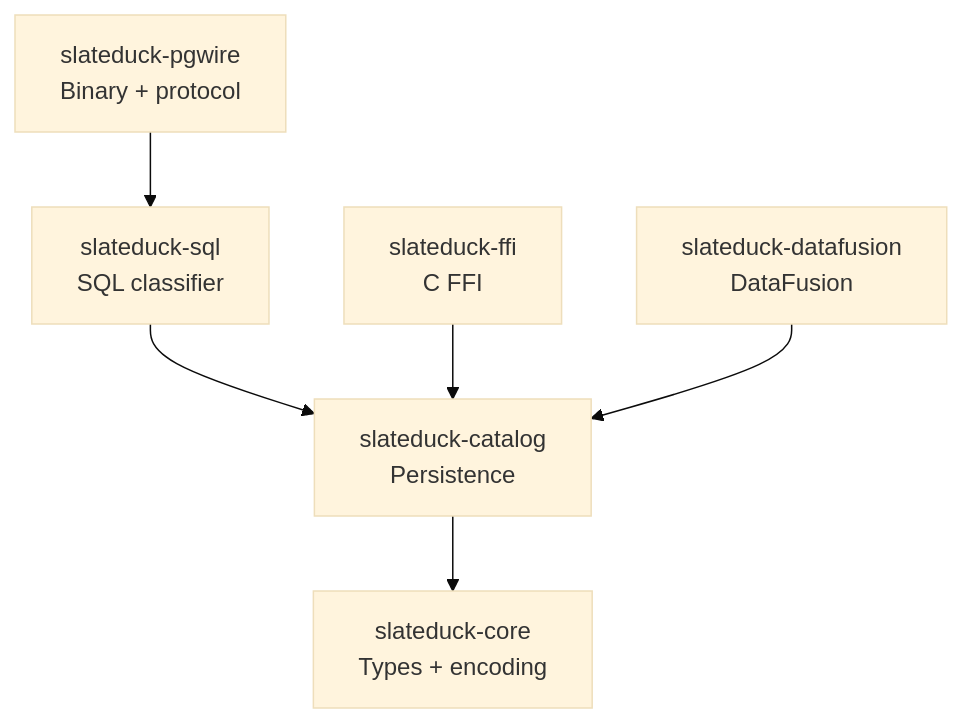
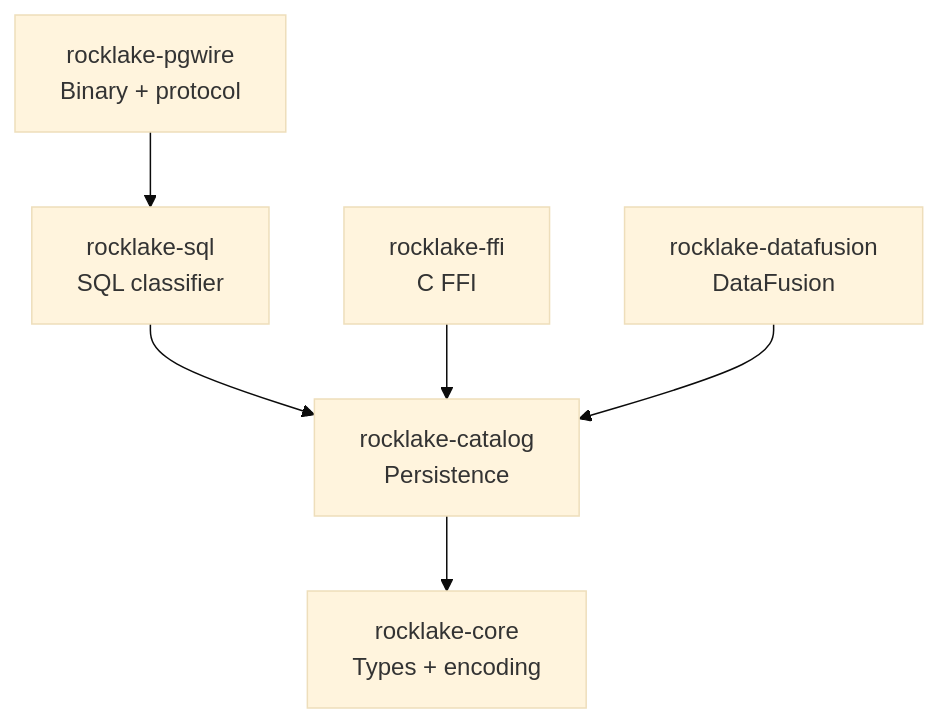
Before and after one commit to trickle-labs/slateduck: the diagram in docs/contributing/development-setup.md, drawn with Mermaid (base theme). The commit also changed other lines of this file and 396 other files, not shown here.

````diff
--- a/docs/contributing/development-setup.md
+++ b/docs/contributing/development-setup.md
@@ -120,8 +120,8 @@
 ```mermaid
 graph TD
-    pgwire[slateduck-pgwire<br/>Binary + protocol] --> sql[slateduck-sql<br/>SQL classifier]
-    sql --> catalog[slateduck-catalog<br/>Persistence]
-    catalog --> core[slateduck-core<br/>Types + encoding]
-    ffi[slateduck-ffi<br/>C FFI] --> catalog
-    datafusion[slateduck-datafusion<br/>DataFusion] --> catalog
+    pgwire[rocklake-pgwire<br/>Binary + protocol] --> sql[rocklake-sql<br/>SQL classifier]
+    sql --> catalog[rocklake-catalog<br/>Persistence]
+    catalog --> core[rocklake-core<br/>Types + encoding]
+    ffi[rocklake-ffi<br/>C FFI] --> catalog
+    datafusion[rocklake-datafusion<br/>DataFusion] --> catalog
 ```
````
